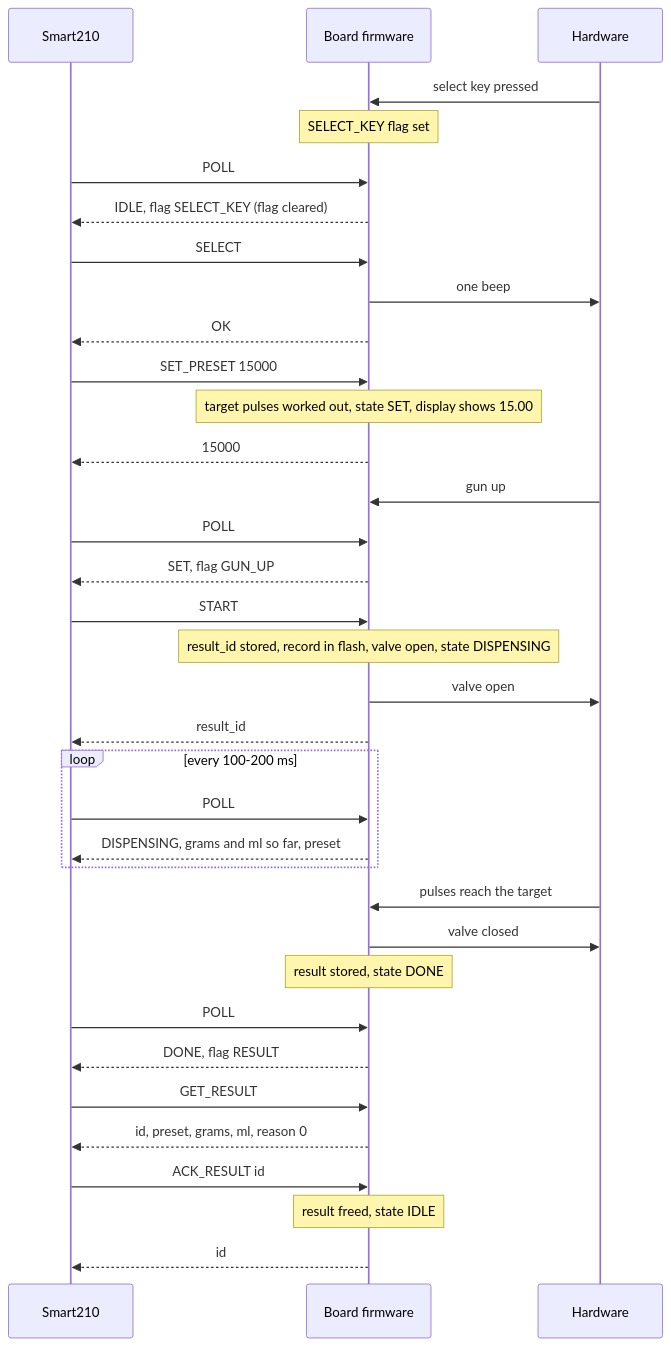
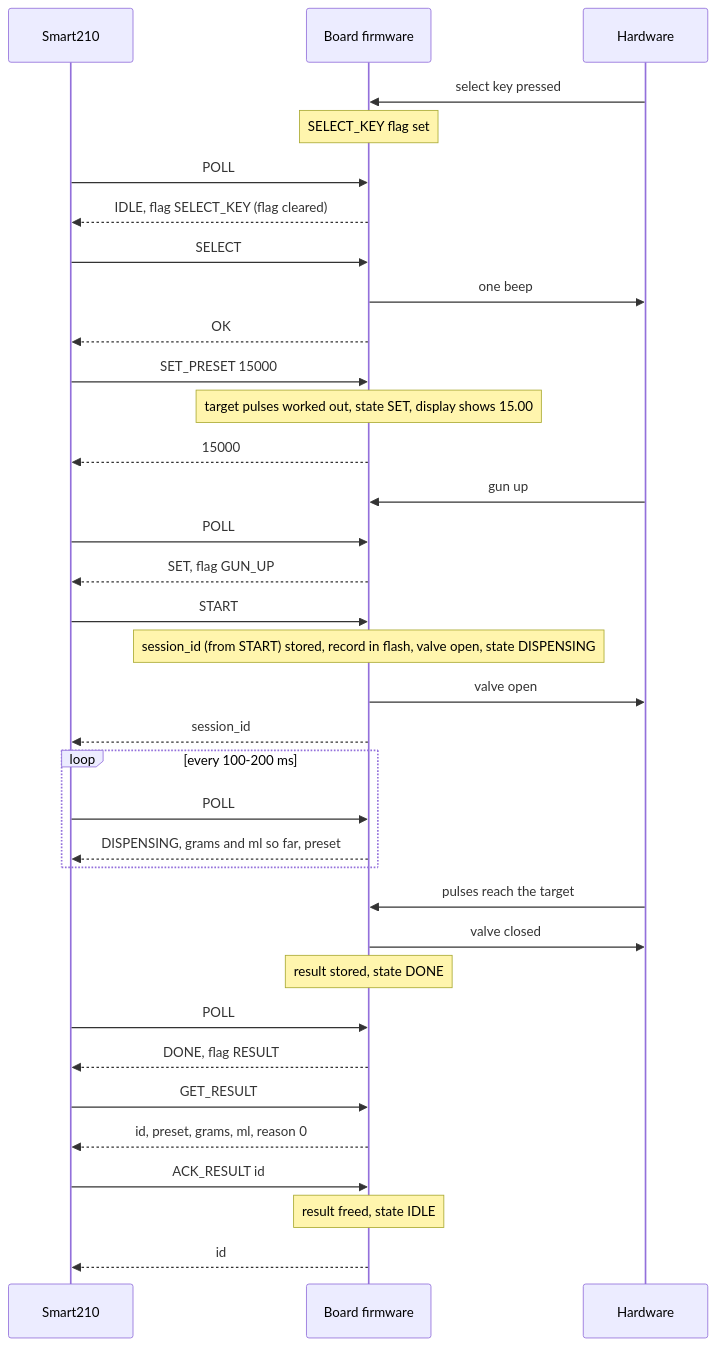
Before and after one commit to atosdev7/GasStaion: the eighth of 8 diagrams in FIRMWARE_LOGIC.md, drawn with Mermaid. The commit also changed other lines of this file and 21 other files, not shown here.

Commit message:
Session ids: the terminal makes the id of a supply session, START carries it, the board keeps it with the result (protocol v0.5 draft); supplements are keyed by it

````diff
--- a/FIRMWARE_LOGIC.md
+++ b/FIRMWARE_LOGIC.md
@@ -274,37 +274,37 @@
 ```mermaid
 sequenceDiagram
     participant S as Smart210
     participant B as Board firmware
     participant H as Hardware
     H->>B: select key pressed
     Note over B: SELECT_KEY flag set
     S->>B: POLL
     B-->>S: IDLE, flag SELECT_KEY (flag cleared)
     S->>B: SELECT
     B->>H: one beep
     B-->>S: OK
     S->>B: SET_PRESET 15000
     Note over B: target pulses worked out, state SET, display shows 15.00
     B-->>S: 15000
     H->>B: gun up
     S->>B: POLL
     B-->>S: SET, flag GUN_UP
     S->>B: START
-    Note over B: result_id stored, record in flash, valve open, state DISPENSING
+    Note over B: session_id (from START) stored, record in flash, valve open, state DISPENSING
     B->>H: valve open
-    B-->>S: result_id
+    B-->>S: session_id
     loop every 100-200 ms
         S->>B: POLL
         B-->>S: DISPENSING, grams and ml so far, preset
     end
     H->>B: pulses reach the target
     B->>H: valve closed
     Note over B: result stored, state DONE
     S->>B: POLL
     B-->>S: DONE, flag RESULT
     S->>B: GET_RESULT
     B-->>S: id, preset, grams, ml, reason 0
     S->>B: ACK_RESULT id
     Note over B: result freed, state IDLE
     B-->>S: id
 ```
````
